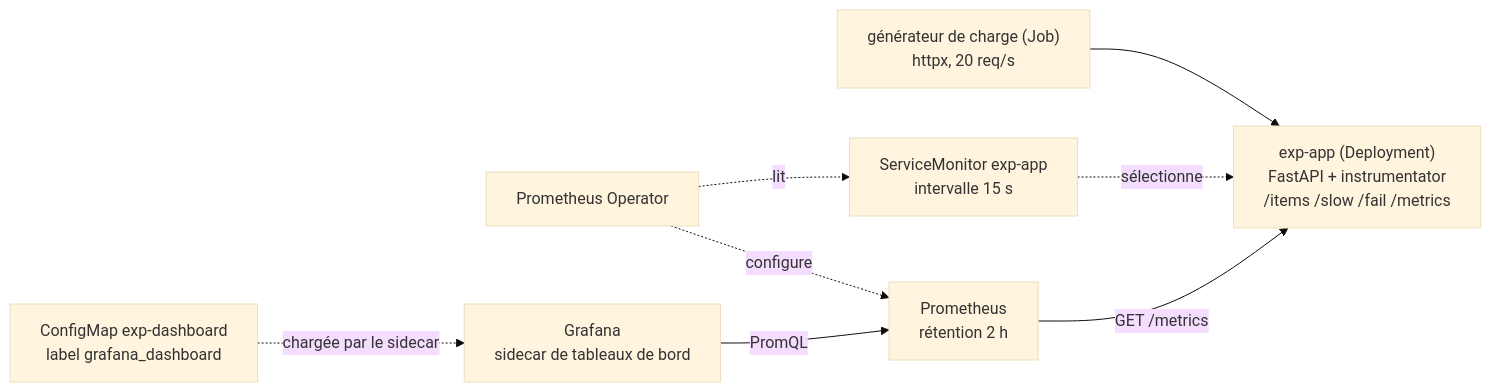
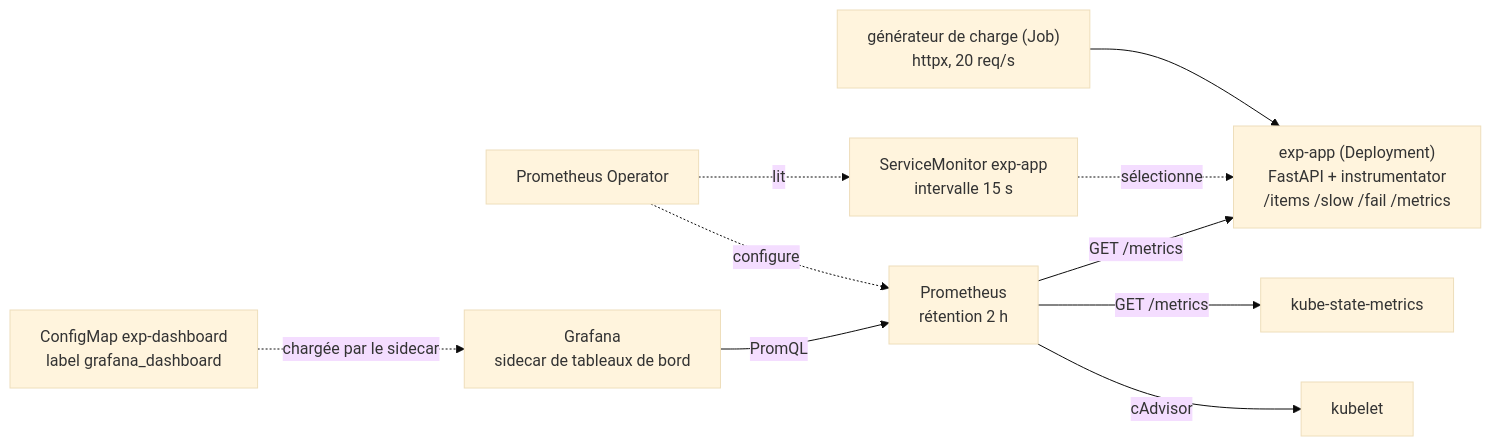
The diagram in docs/04-experimentations/03-observabilite/protocole.md (Luucaaas/collector-poc), drawn with Mermaid (base theme) before and after one commit. The commit also changed other lines of this file and 7 other files, not shown here.

Commit message:
P3-02 : suite de l'audit n° 1 (kube-state-metrics, kubelet, nouvelle exécution de référence)

````diff
--- a/docs/04-experimentations/03-observabilite/protocole.md
+++ b/docs/04-experimentations/03-observabilite/protocole.md
@@ -15,10 +15,12 @@
 ```mermaid
 flowchart LR
     L["générateur de charge (Job)<br/>httpx, 20 req/s"] --> A["exp-app (Deployment)<br/>FastAPI + instrumentator<br/>/items /slow /fail /metrics"]
     SM["ServiceMonitor exp-app<br/>intervalle 15 s"] -. "sélectionne" .-> A
     OP["Prometheus Operator"] -. "lit" .-> SM
     OP -. "configure" .-> P["Prometheus<br/>rétention 2 h"]
     P -- "GET /metrics" --> A
+    P -- "GET /metrics" --> KSM["kube-state-metrics"]
+    P -- "cAdvisor" --> KL["kubelet"]
     G["Grafana<br/>sidecar de tableaux de bord"] -- "PromQL" --> P
     CM["ConfigMap exp-dashboard<br/>label grafana_dashboard"] -. "chargée par le sidecar" .-> G
 ```
````
